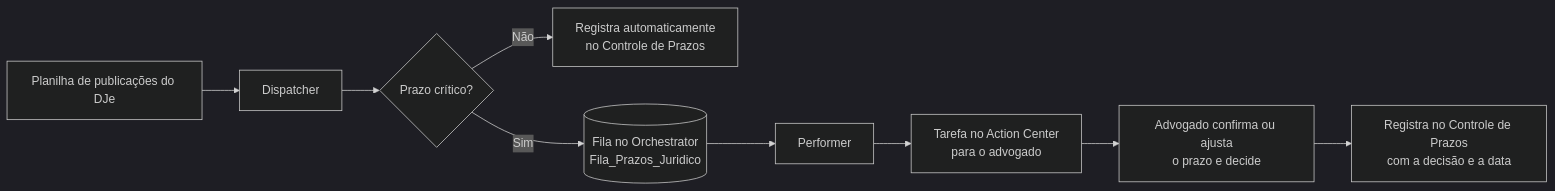
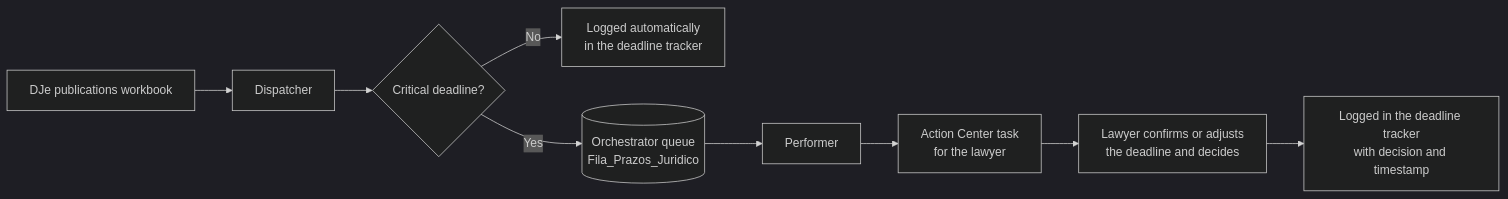
Before and after one commit to CaioBandeira7/uipath-legal-deadline-monitor-hitl: the diagram in README.md, drawn with Mermaid (dark theme). The commit also changed other lines of this file and 4 other files, not shown here.

````diff
--- a/README.md
+++ b/README.md
@@ -17,11 +15,11 @@
 ```mermaid
 flowchart LR
-    A[Planilha de publicações do DJe] --> B[Dispatcher]
-    B --> C{Prazo crítico?}
-    C -- Não --> D[Registra automaticamente<br/>no Controle de Prazos]
-    C -- Sim --> E[(Fila no Orchestrator<br/>Fila_Prazos_Juridico)]
+    A[DJe publications workbook] --> B[Dispatcher]
+    B --> C{Critical deadline?}
+    C -- No --> D[Logged automatically<br/>in the deadline tracker]
+    C -- Yes --> E[(Orchestrator queue<br/>Fila_Prazos_Juridico)]
     E --> F[Performer]
-    F --> G[Tarefa no Action Center<br/>para o advogado]
-    G --> H[Advogado confirma ou ajusta<br/>o prazo e decide]
-    H --> I[Registra no Controle de Prazos<br/>com a decisão e a data]
+    F --> G[Action Center task<br/>for the lawyer]
+    G --> H[Lawyer confirms or adjusts<br/>the deadline and decides]
+    H --> I[Logged in the deadline tracker<br/>with decision and timestamp]
 ```
````
